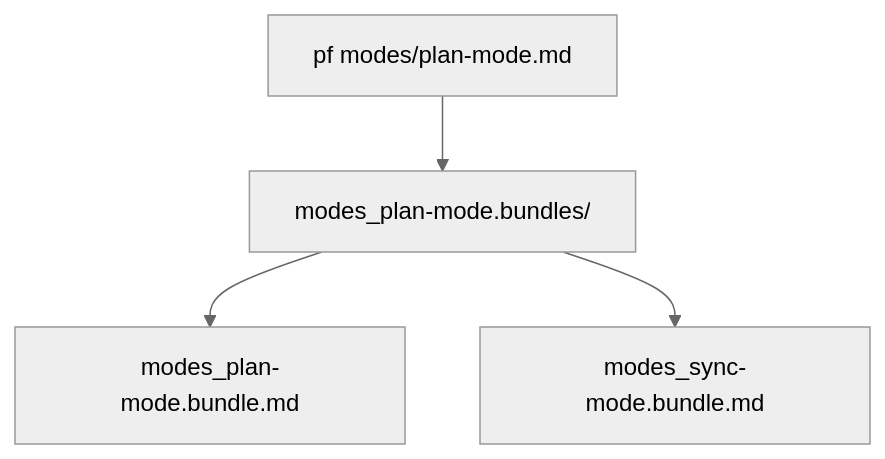
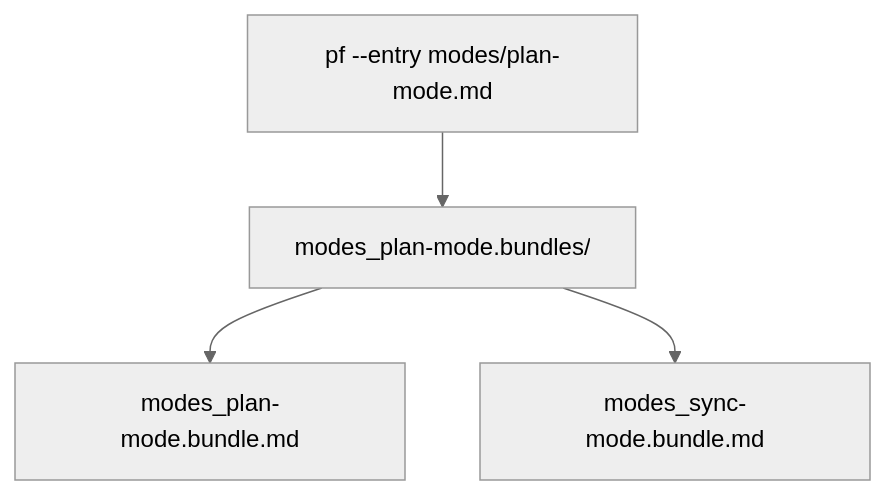
The first of 2 diagrams in docs/bundles.md (m2ux/prosiform), drawn with Mermaid (neutral theme) before and after one commit. The commit also changed other lines of this file and 749 other files, not shown here.

````diff
--- a/docs/bundles.md
+++ b/docs/bundles.md
@@ -15,6 +15,6 @@
 ```mermaid
 flowchart TD
-  Run["pf modes/plan-mode.md"] --> Folder["modes_plan-mode.bundles/"]
+  Run["pf --entry modes/plan-mode.md"] --> Folder["modes_plan-mode.bundles/"]
   Folder --> Entry["modes_plan-mode.bundle.md"]
   Folder --> Disp["modes_sync-mode.bundle.md"]
 ```
````
